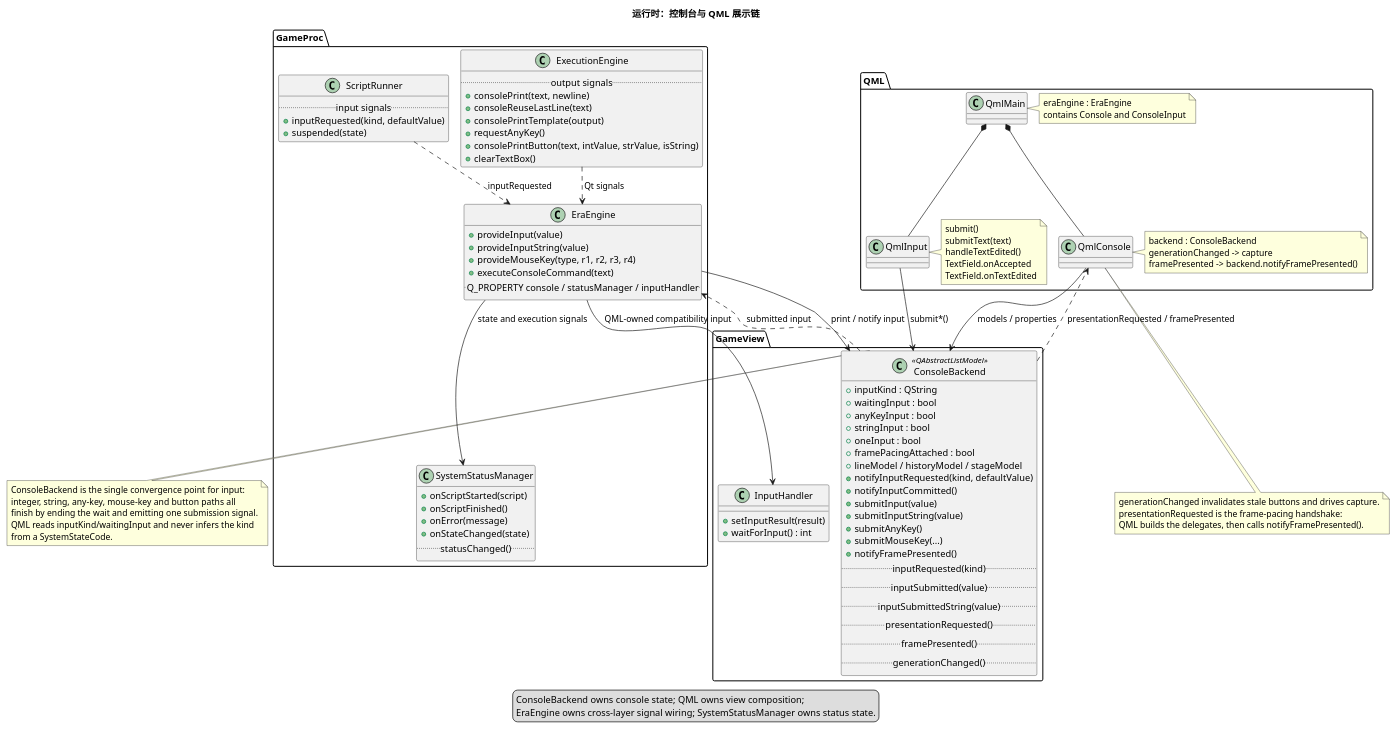
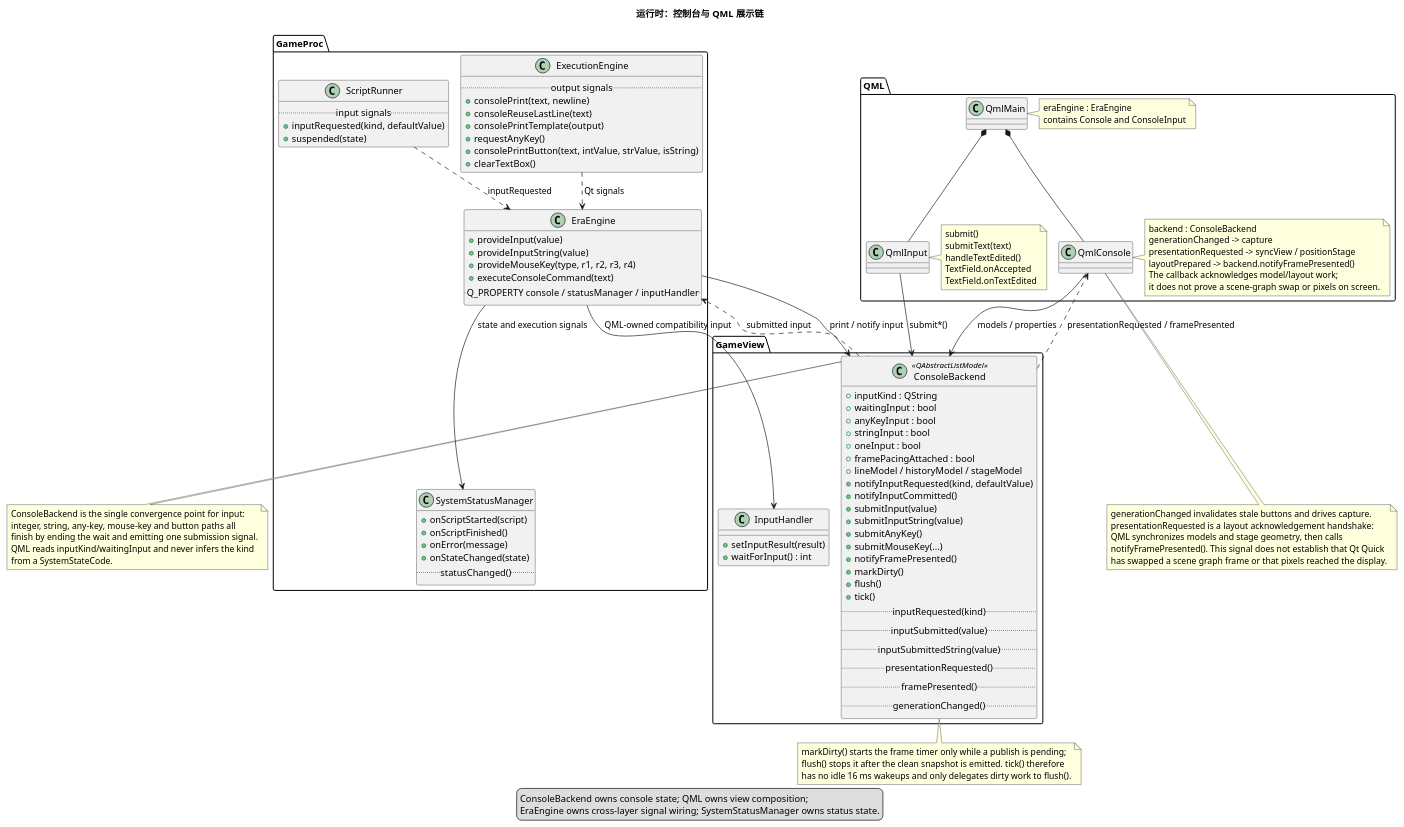
One commit to yigekuyou/qt-eraemu changed the diagram in docs/uml/04-runtime-console-qml.puml. Above: the diagram before and after it, drawn with PlantUML. The commit also changed 2 other files, not shown here.

```diff
--- a/docs/uml/04-runtime-console-qml.puml
+++ b/docs/uml/04-runtime-console-qml.puml
@@ -1,129 +1,143 @@
 @startuml 04-runtime-console-qml
 !pragma layout smetana
 ' 运行时责任 3/4：输出、输入桥接与 QML 呈现
 ' 来源：eraengine.cpp, GameProc/execution_engine.h, GameView/console_backend.h,
 '       GameView/system_status_manager.h, GameView/input_handler.h, qml/Console.qml,
 '       qml/ConsoleInput.qml
 
 title 运行时：控制台与 QML 展示链
 
 package "GameProc" {
   class ExecutionEngine {
     .. output signals ..
     + consolePrint(text, newline)
     + consoleReuseLastLine(text)
     + consolePrintTemplate(output)
     + requestAnyKey()
     + consolePrintButton(text, intValue, strValue, isString)
     + clearTextBox()
   }
 
   class ScriptRunner {
     .. input signals ..
     + inputRequested(kind, defaultValue)
     + suspended(state)
   }
 
   class EraEngine {
     + provideInput(value)
     + provideInputString(value)
     + provideMouseKey(type, r1, r2, r3, r4)
     + executeConsoleCommand(text)
     .. Q_PROPERTY console / statusManager / inputHandler ..
   }
 
   class SystemStatusManager {
     + onScriptStarted(script)
     + onScriptFinished()
     + onError(message)
     + onStateChanged(state)
     .. statusChanged() ..
   }
 }
 
 package "GameView" {
   class ConsoleBackend <<QAbstractListModel>> {
     + inputKind : QString
     + waitingInput : bool
     + anyKeyInput : bool
     + stringInput : bool
     + oneInput : bool
     + framePacingAttached : bool
     + lineModel / historyModel / stageModel
     + notifyInputRequested(kind, defaultValue)
     + notifyInputCommitted()
     + submitInput(value)
     + submitInputString(value)
     + submitAnyKey()
     + submitMouseKey(...)
     + notifyFramePresented()
+    + markDirty()
+    + flush()
+    + tick()
     .. inputRequested(kind) ..
     .. inputSubmitted(value) ..
     .. inputSubmittedString(value) ..
     .. presentationRequested() ..
     .. framePresented() ..
     .. generationChanged() ..
   }
 
   class InputHandler {
     + setInputResult(result)
     + waitForInput() : int
   }
 }
 
 package "QML" {
   class QmlConsole
   class QmlInput
   class QmlMain
 
   note right of QmlConsole
     backend : ConsoleBackend
     generationChanged -> capture
-    framePresented -> backend.notifyFramePresented()
+    presentationRequested -> syncView / positionStage
+    layoutPrepared -> backend.notifyFramePresented()
+    The callback acknowledges model/layout work;
+    it does not prove a scene-graph swap or pixels on screen.
   end note
 
   note right of QmlInput
     submit()
     submitText(text)
     handleTextEdited()
     TextField.onAccepted
     TextField.onTextEdited
   end note
 
   note right of QmlMain
     eraEngine : EraEngine
     contains Console and ConsoleInput
   end note
 }
 
 ExecutionEngine ..> EraEngine : Qt signals
 ScriptRunner ..> EraEngine : inputRequested
 EraEngine --> ConsoleBackend : print / notify input
 ConsoleBackend ..> EraEngine : submitted input
 EraEngine --> SystemStatusManager : state and execution signals
 EraEngine --> InputHandler : QML-owned compatibility input
 QmlMain *-- QmlConsole
 QmlMain *-- QmlInput
 QmlConsole --> ConsoleBackend : models / properties
 QmlInput --> ConsoleBackend : submit*()
 ConsoleBackend ..> QmlConsole : presentationRequested / framePresented
 
 note right of ConsoleBackend
   ConsoleBackend is the single convergence point for input:
   integer, string, any-key, mouse-key and button paths all
   finish by ending the wait and emitting one submission signal.
   QML reads inputKind/waitingInput and never infers the kind
   from a SystemStateCode.
 end note
 
 note bottom of QmlConsole
   generationChanged invalidates stale buttons and drives capture.
-  presentationRequested is the frame-pacing handshake:
-  QML builds the delegates, then calls notifyFramePresented().
+  presentationRequested is a layout acknowledgement handshake:
+  QML synchronizes models and stage geometry, then calls
+  notifyFramePresented(). This signal does not establish that Qt Quick
+  has swapped a scene graph frame or that pixels reached the display.
+end note
+
+note bottom of ConsoleBackend
+  markDirty() starts the frame timer only while a publish is pending;
+  flush() stops it after the clean snapshot is emitted. tick() therefore
+  has no idle 16 ms wakeups and only delegates dirty work to flush().
 end note
 
 legend bottom
   ConsoleBackend owns console state; QML owns view composition;
   EraEngine owns cross-layer signal wiring; SystemStatusManager owns status state.
 endlegend
 @enduml
```
